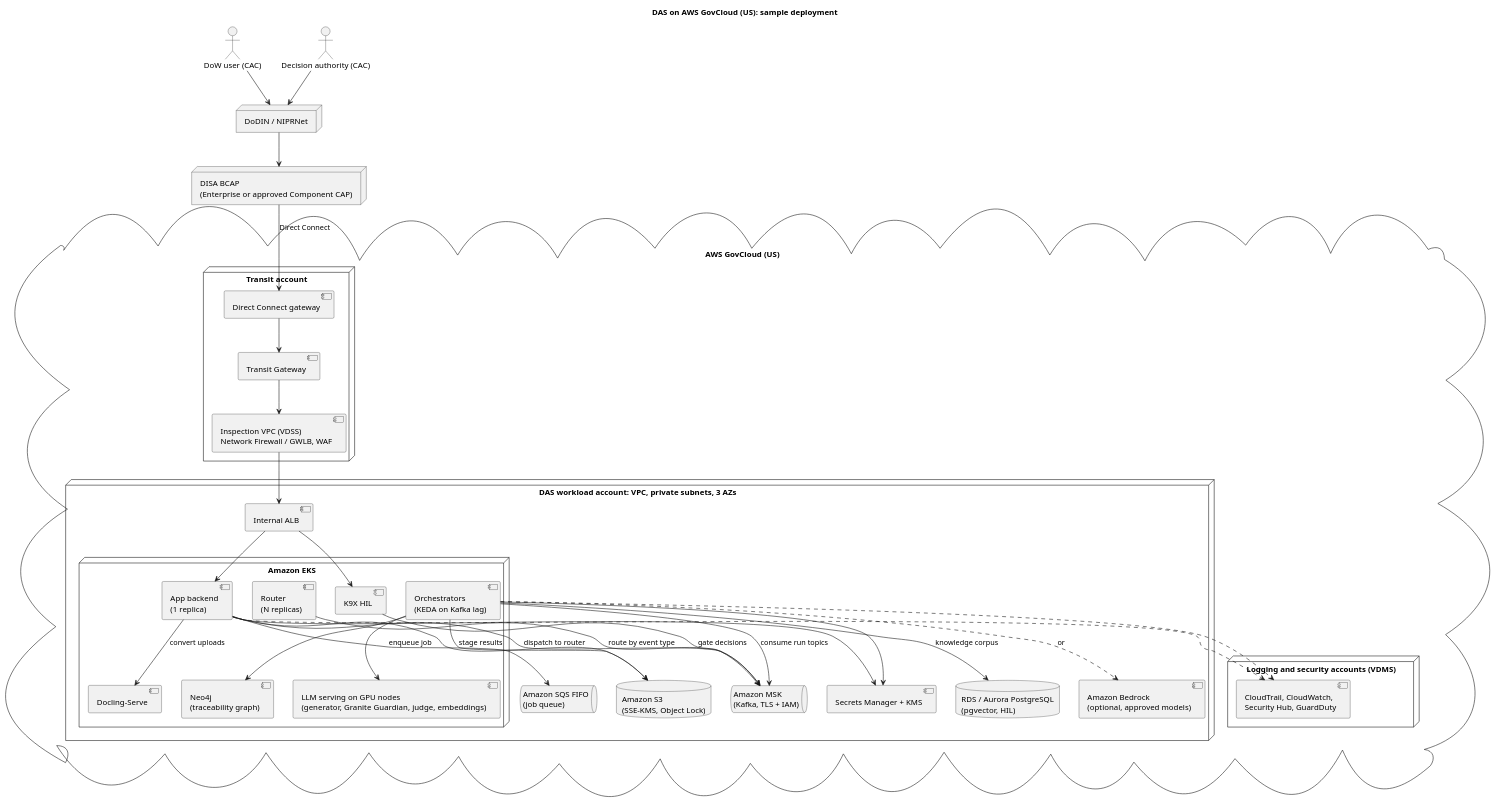
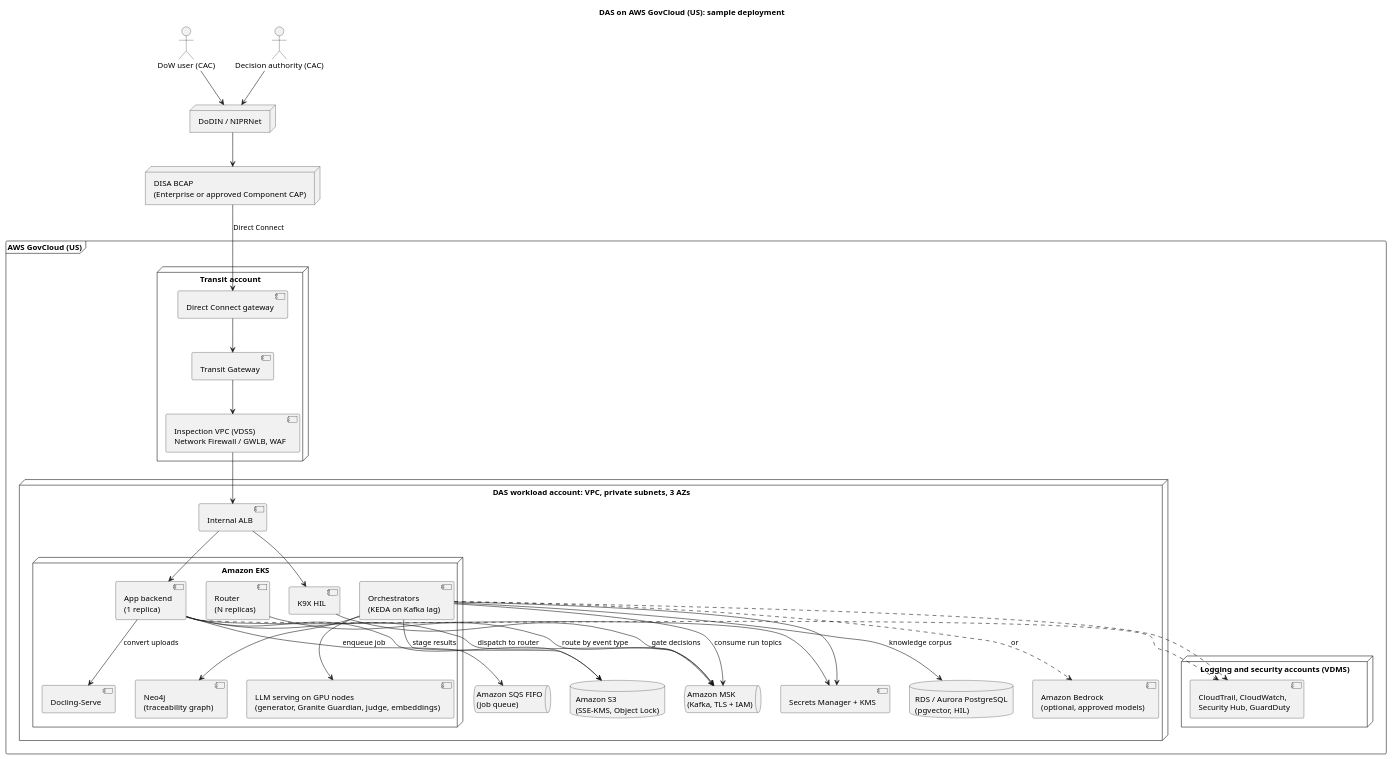
One commit to k9aif/dow-k9x changed the diagram in deployment_guidelines/aws-govcloud/architecture.puml. Above: the diagram before and after it, drawn with PlantUML. The commit also changed 13 other files, not shown here.

First line of the commit message:
Redraw architecture diagrams from the current code; AWS boundary as a frame

```diff
--- a/deployment_guidelines/aws-govcloud/architecture.puml
+++ b/deployment_guidelines/aws-govcloud/architecture.puml
@@ -1,69 +1,69 @@
 @startuml das-aws-govcloud
 title DAS on AWS GovCloud (US): sample deployment
 
 actor "DoW user (CAC)" as user
 actor "Decision authority (CAC)" as decider
 
 node "DoDIN / NIPRNet" as dodin
 node "DISA BCAP\n(Enterprise or approved Component CAP)" as bcap
 
-cloud "AWS GovCloud (US)" {
+frame "AWS GovCloud (US)" {
   node "Transit account" {
     component "Direct Connect gateway" as dx
     component "Transit Gateway" as tgw
     component "Inspection VPC (VDSS)\nNetwork Firewall / GWLB, WAF" as vdss
   }
 
   node "DAS workload account: VPC, private subnets, 3 AZs" {
     component "Internal ALB" as alb
 
     node "Amazon EKS" {
       component "App backend\n(1 replica)" as app
       component "Router\n(N replicas)" as router
       component "Orchestrators\n(KEDA on Kafka lag)" as orch
       component "K9X HIL" as hil
       component "Docling-Serve" as docling
       component "LLM serving on GPU nodes\n(generator, Granite Guardian, judge, embeddings)" as llm
       component "Neo4j\n(traceability graph)" as neo4j
     }
 
     queue "Amazon MSK\n(Kafka, TLS + IAM)" as msk
     queue "Amazon SQS FIFO\n(job queue)" as sqs
     database "Amazon S3\n(SSE-KMS, Object Lock)" as s3
     database "RDS / Aurora PostgreSQL\n(pgvector, HIL)" as rds
     component "Amazon Bedrock\n(optional, approved models)" as bedrock
     component "Secrets Manager + KMS" as secrets
   }
 
   node "Logging and security accounts (VDMS)" {
     component "CloudTrail, CloudWatch,\nSecurity Hub, GuardDuty" as logs
   }
 }
 
 user --> dodin
 decider --> dodin
 dodin --> bcap
 bcap --> dx : Direct Connect
 dx --> tgw
 tgw --> vdss
 vdss --> alb
 alb --> app
 alb --> hil
 
 app --> docling : convert uploads
 app --> sqs : enqueue job
 app --> msk : dispatch to router
 router --> msk : route by event type
 orch --> msk : consume run topics
 hil --> msk : gate decisions
 orch --> llm
 orch ..> bedrock : or
 orch --> s3 : stage results
 orch --> rds : knowledge corpus
 orch --> neo4j
 app --> s3
 app --> secrets
 orch --> secrets
 app ..> logs
 orch ..> logs
 @enduml
```
